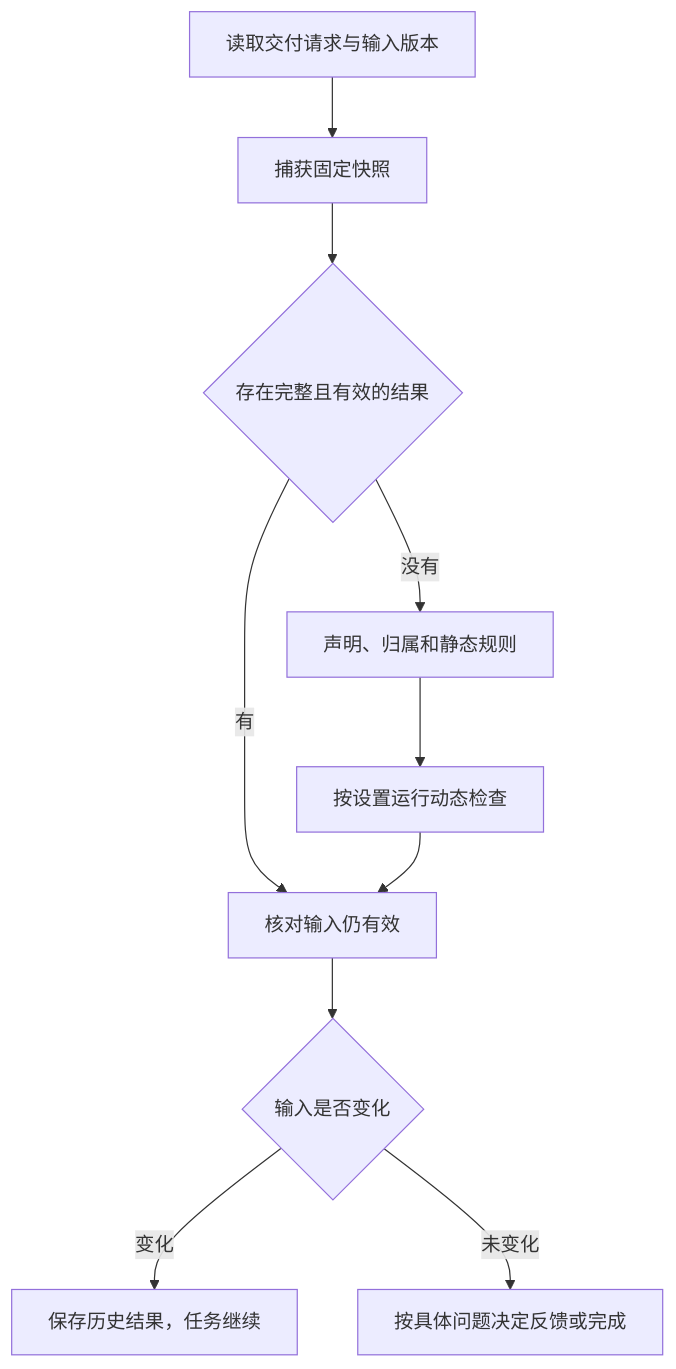
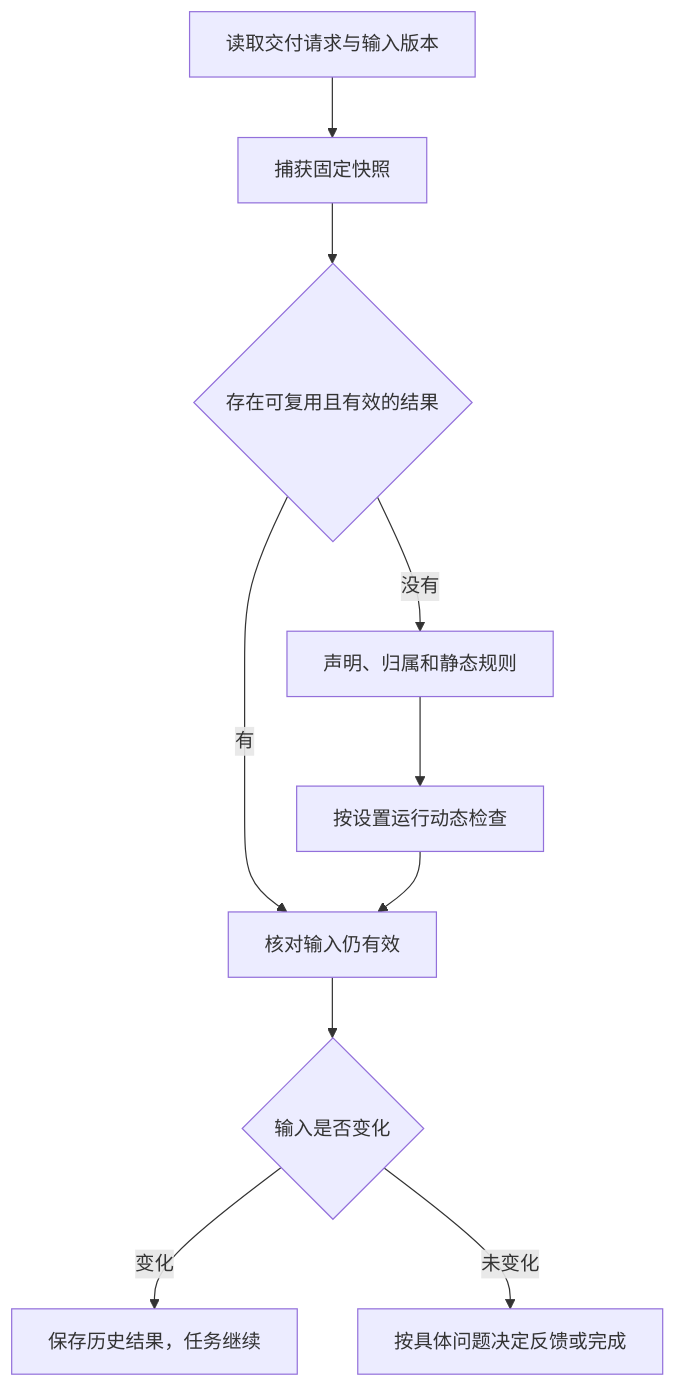
Before and after one commit to Innocent-children/TaskBelay: the third of 3 diagrams in docs/product-architecture.md, drawn with Mermaid. The commit also changed other lines of this file and 26 other files, not shown here.

````diff
--- a/docs/product-architecture.md
+++ b/docs/product-architecture.md
@@ -243,12 +247,12 @@
 ```mermaid
 flowchart TB
     A[读取交付请求与输入版本] --> B[捕获固定快照]
-    B --> C{存在完整且有效的结果}
+    B --> C{存在可复用且有效的结果}
     C -->|有| F[核对输入仍有效]
     C -->|没有| D[声明、归属和静态规则]
     D --> E[按设置运行动态检查]
     E --> F
     F --> G{输入是否变化}
     G -->|变化| H[保存历史结果，任务继续]
     G -->|未变化| I[按具体问题决定反馈或完成]
 ```
````
